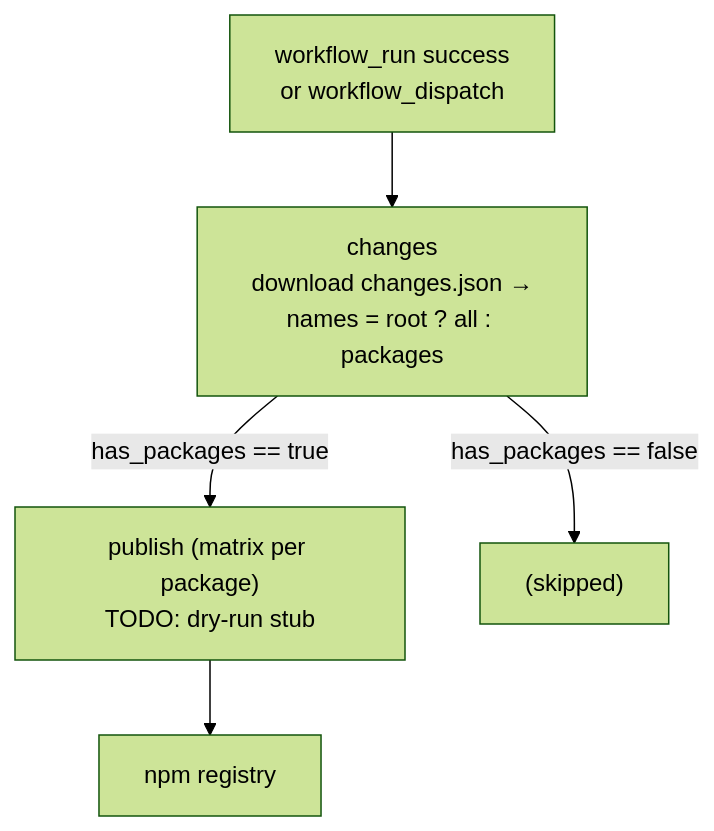
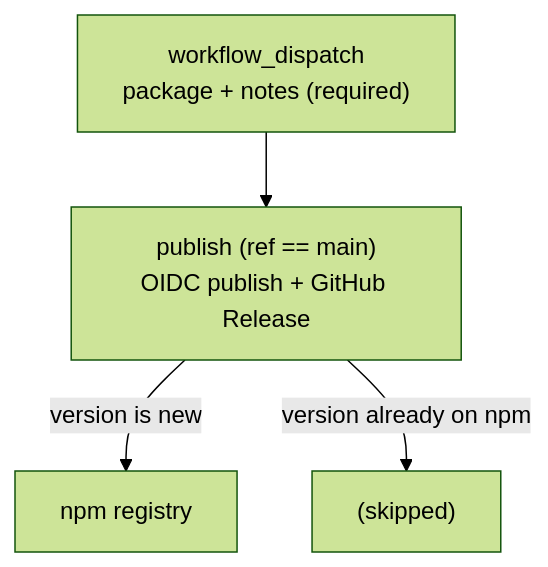
The sixth of 6 diagrams in .github/workflows/README.md (soroush-tech/soroush.tech), drawn with Mermaid (forest theme) before and after one commit. The commit also changed other lines of this file and 4 other files, not shown here.

First line of the commit message:
chore(CI): add manual npm publish workflow for packages

````diff
--- a/.github/workflows/README.md
+++ b/.github/workflows/README.md
@@ -176,7 +182,6 @@
 ```mermaid
 flowchart TD
-    trig["workflow_run success<br/>or workflow_dispatch"] --> changes["changes<br/>download changes.json →<br/>names = root ? all : packages"]
-    changes -->|"has_packages == true"| publish["publish (matrix per package)<br/>TODO: dry-run stub"]
-    changes -->|"has_packages == false"| skip["(skipped)"]
-    publish --> npm["npm registry"]
+    trig["workflow_dispatch<br/>package + notes (required)"] --> publish["publish (ref == main)<br/>OIDC publish + GitHub Release"]
+    publish -->|"version is new"| npm["npm registry"]
+    publish -->|"version already on npm"| skip["(skipped)"]
 ```
````
